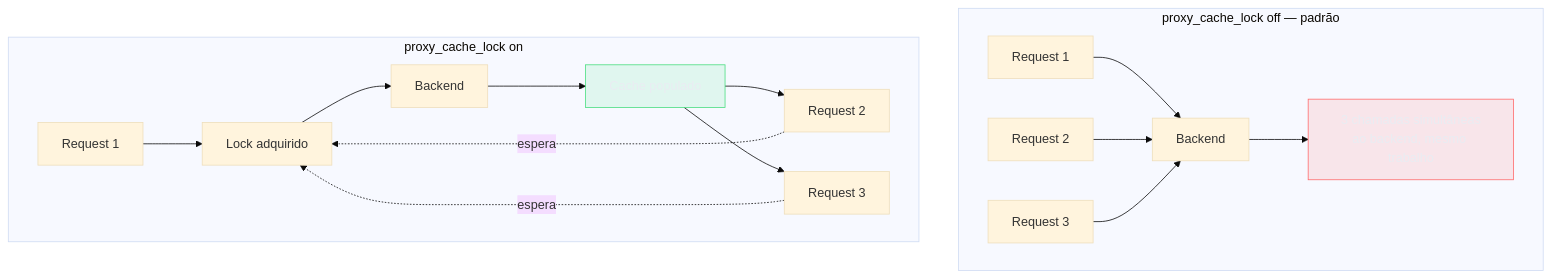
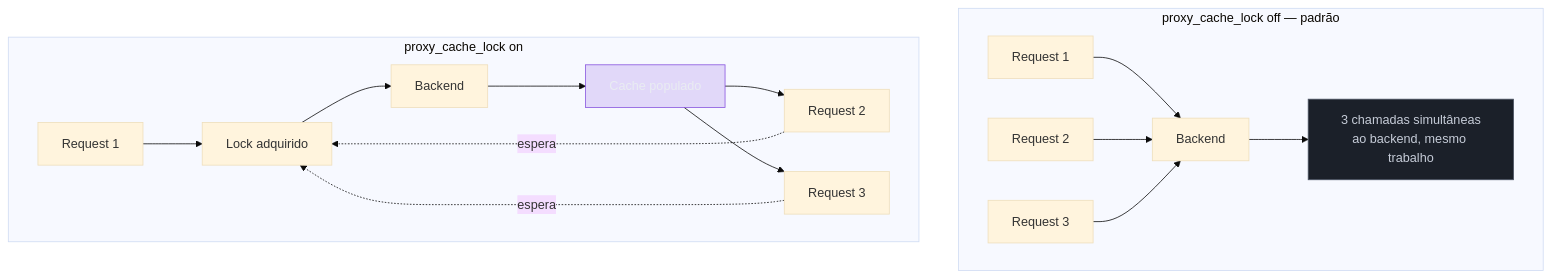
One commit to josenaldo/codex-technomanticus changed the third of 3 diagrams in 03-Dominios/Tecnologia/Infraestrutura/Nginx/10 - Cache no Nginx.md. Above: the diagram before and after it, drawn with Mermaid (base theme). The commit also changed 601 other files, not shown here.

````diff
--- a/03-Dominios/Tecnologia/Infraestrutura/Nginx/10 - Cache no Nginx.md
+++ b/03-Dominios/Tecnologia/Infraestrutura/Nginx/10 - Cache no Nginx.md
@@ -238,24 +238,24 @@
 ```mermaid
 graph TB
-    classDef falha fill:#FF6B6B24,stroke:#FF6B6B,color:#E9ECF2
-    classDef ok fill:#4ADE8021,stroke:#4ADE80,color:#E9ECF2
+    classDef marca fill:#8855DF33,stroke:#8855DF,color:#E9ECF2
+    classDef neutro fill:#1B2029,stroke:#4E5666,color:#C6CCD8
     subgraph SemLock["proxy_cache_lock off — padrão"]
         R1a["Request 1"] --> B1["Backend"]
         R2a["Request 2"] --> B1
         R3a["Request 3"] --> B1
         B1 --> N1["3 chamadas simultâneas<br/>ao backend, mesmo trabalho"]
     end
 
     subgraph ComLock["proxy_cache_lock on"]
         R1b["Request 1"] --> L["Lock adquirido"]
         L --> B2["Backend"]
         R2b["Request 2"] -.->|"espera"| L
         R3b["Request 3"] -.->|"espera"| L
         B2 --> C["Cache populado"]
         C --> R2b
         C --> R3b
     end
 
-    class N1 falha
-    class C ok
+    class N1 neutro
+    class C marca
 ```
````
